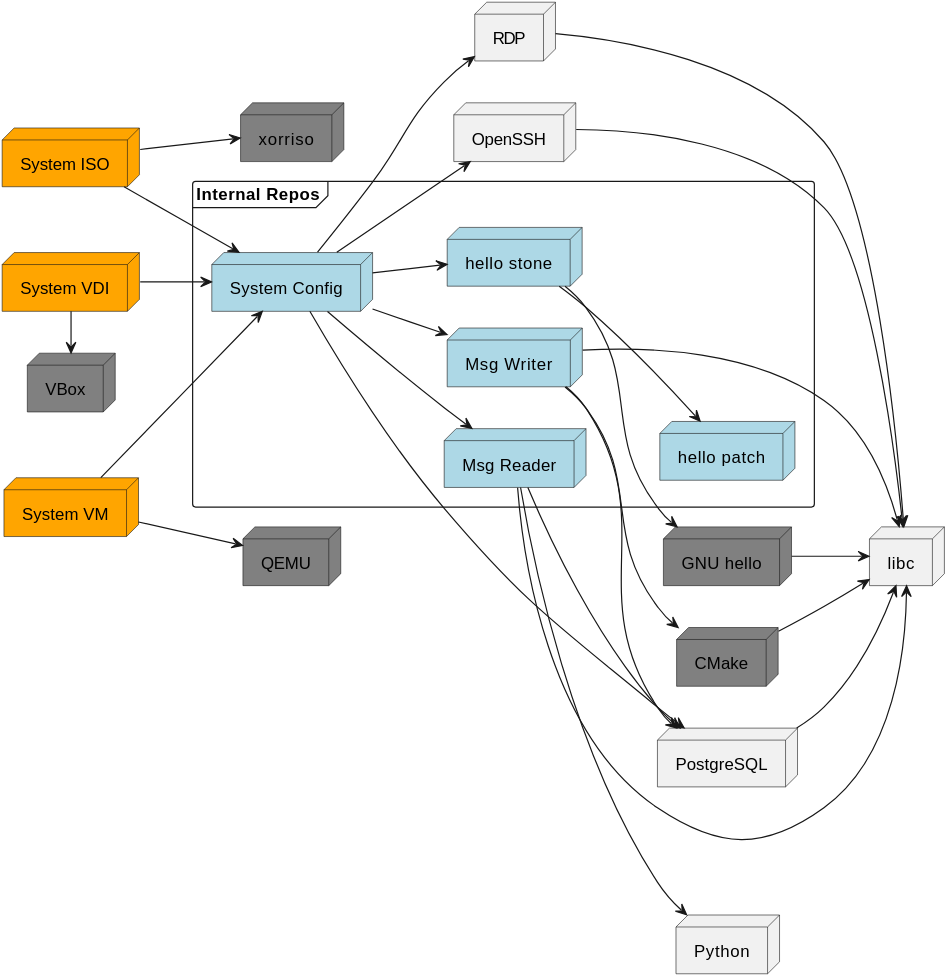
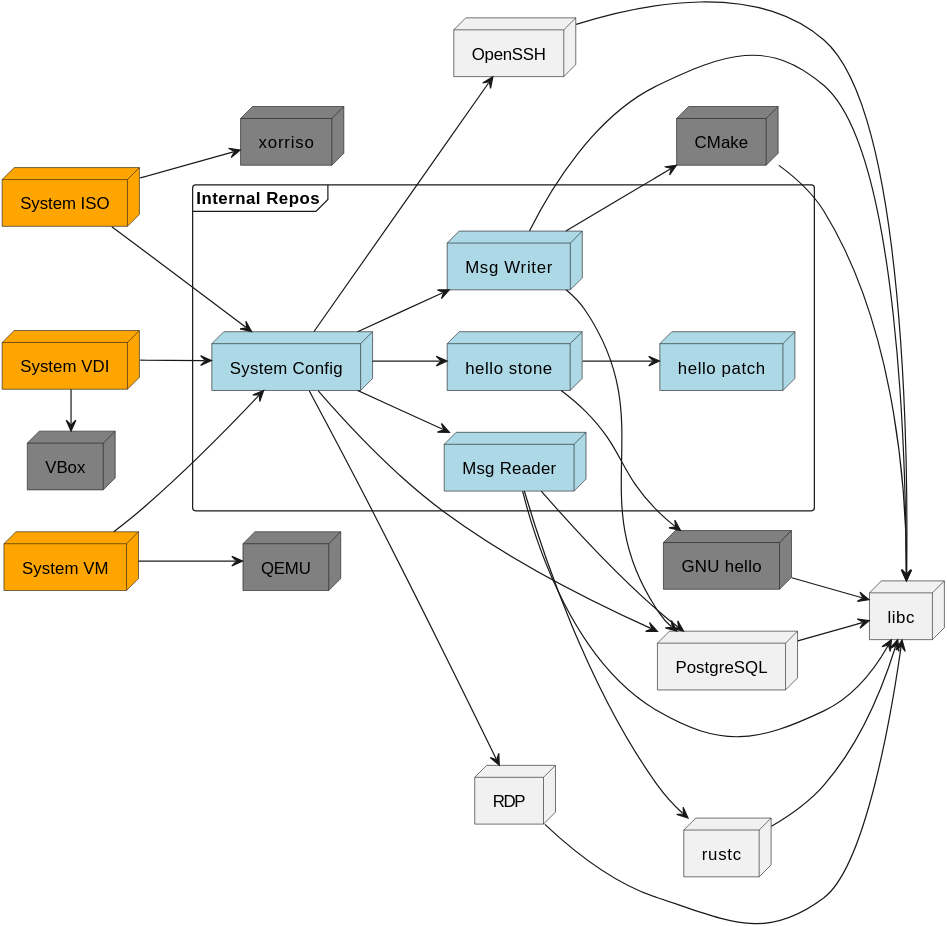
Before and after one commit to tfc/philosophers-stone-nixos: the third of 4 diagrams in doc/slides/slides.md, drawn with PlantUML. The commit also changed other lines of this file and 1 other file, not shown here.

Commit message:
Reflect the python app/rust app exchange in the docs

````diff
--- a/doc/slides/slides.md
+++ b/doc/slides/slides.md
@@ -221,67 +222,68 @@
 ```{ .plantuml
      height=90%
    }
 @startuml
 skinparam dpi 500
 left to right direction
 
 node "System ISO" as iso #Orange
 node "System VM" as vm #Orange
 node "System VDI" as vdi #Orange
 
 frame "Internal Repos" as repos {
   node "System Config" as config #LightBlue
   node "Msg Reader" as reader #LightBlue
   node "Msg Writer" as writer #LightBlue
   node "hello stone" as hellostone #LightBlue
   node "hello patch" as hellopatch #LightBlue
 }
 
 node "QEMU" as qemu #Grey
 node "xorriso" as xorriso #Grey
 node "VBox" as vbox #Grey
 
 node "RDP" as rdp
 node "OpenSSH" as ssh
 node "PostgreSQL" as psql
 node "libc" as libc
 node "GNU hello" as gnuhello #Gray
 
 node "CMake" as cmake #Grey
-node "Python" as python
+node "rustc" as rustc
 
 iso --> config
 vm --> config
 vdi --> config
 
 vm --> qemu
 iso --> xorriso
 vdi -> vbox
 
 hellostone --> gnuhello
 hellostone --> hellopatch
 gnuhello --> libc
 
 config --> hellostone
 config --> rdp
 config --> ssh
 config --> reader
 config --> writer
 config --> psql
 
 reader --> psql
 writer --> psql
 
 rdp --> libc
 ssh --> libc
 reader --> libc
 writer --> libc
 psql --> libc
+rustc --> libc
 
 
 writer --> cmake
-reader --> python
+reader --> rustc
 cmake --> libc
 
 @enduml
 ```
````
